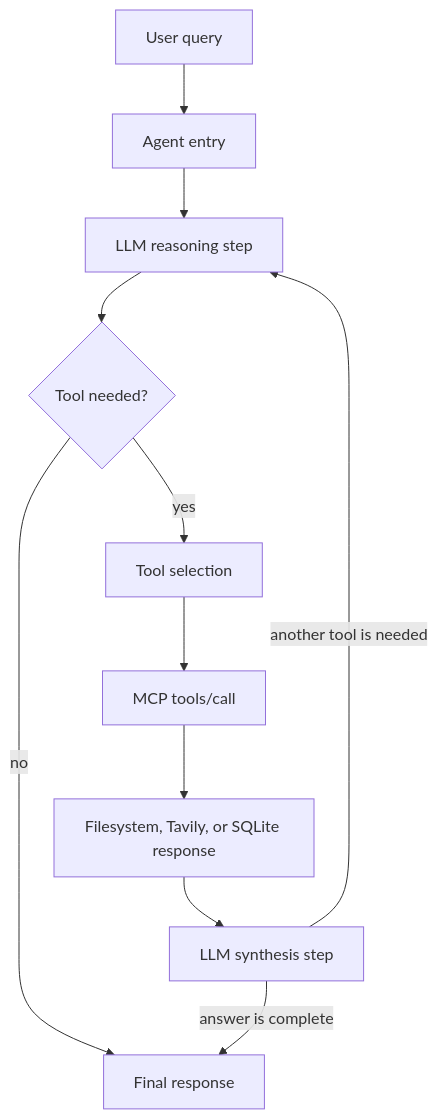
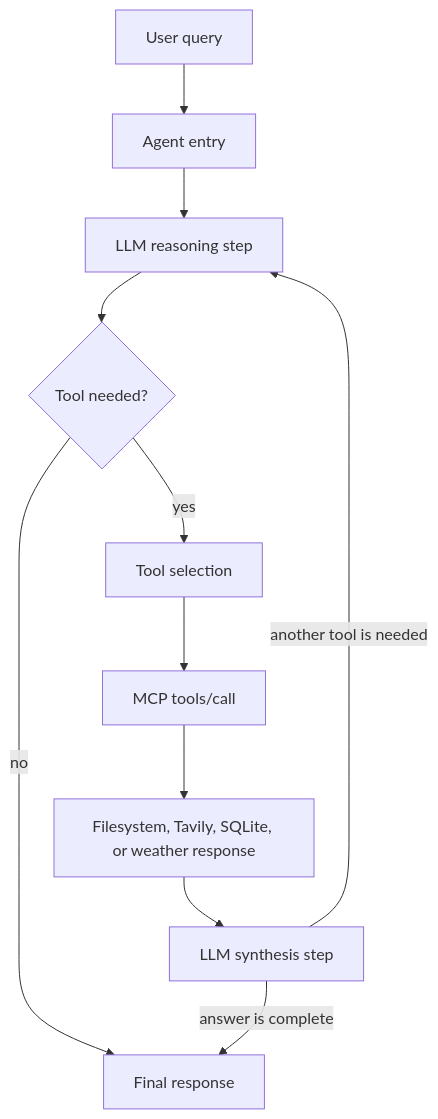
The second of 3 diagrams in README.md (aadit11/AgenticAIOne), drawn with Mermaid before and after one commit. The commit also changed other lines of this file and 10 other files, not shown here.

Commit message:
Add an Open-Meteo weather server so a forecast is its own MCP call.

````diff
--- a/README.md
+++ b/README.md
@@ -158,13 +163,13 @@
 ```mermaid
 flowchart TD
   Query[User query] --> Entry[Agent entry]
   Entry --> Reason[LLM reasoning step]
   Reason --> Choice{Tool needed?}
   Choice -->|no| Final[Final response]
   Choice -->|yes| Select[Tool selection]
   Select --> Call[MCP tools/call]
-  Call --> Server[Filesystem, Tavily, or SQLite response]
+  Call --> Server[Filesystem, Tavily, SQLite, or weather response]
   Server --> Synth[LLM synthesis step]
   Synth -->|another tool is needed| Reason
   Synth -->|answer is complete| Final
 ```
````
